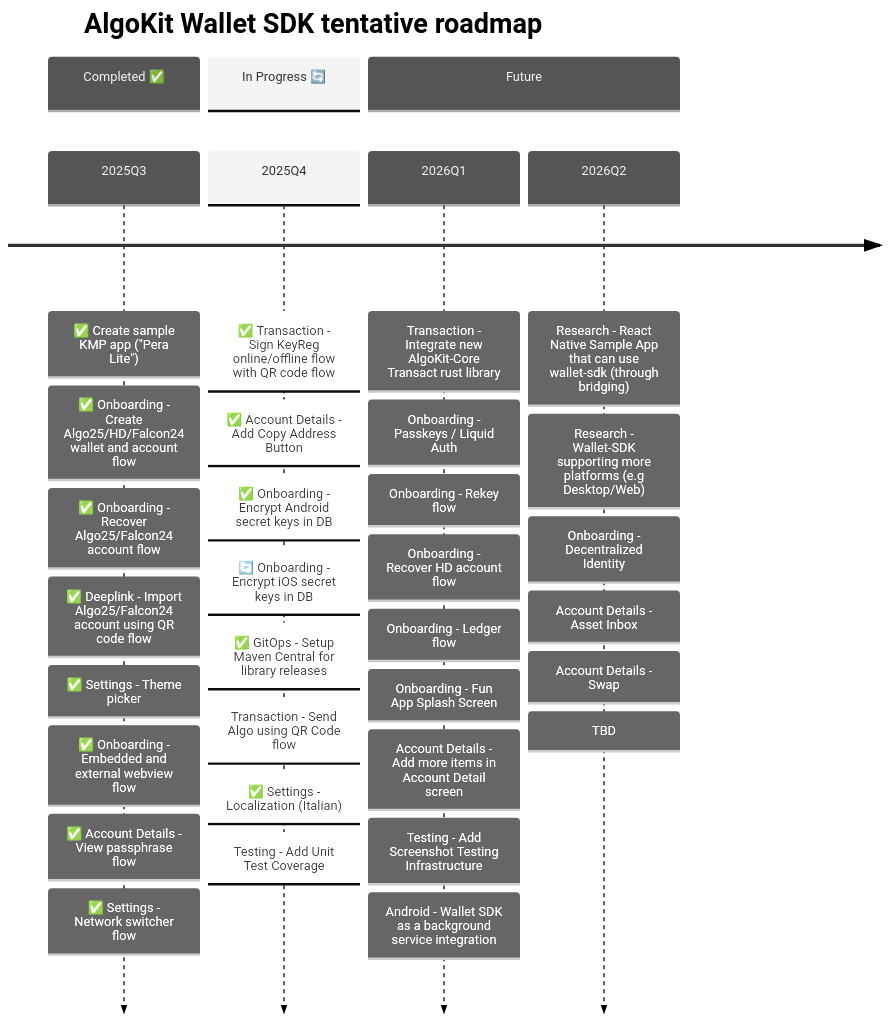
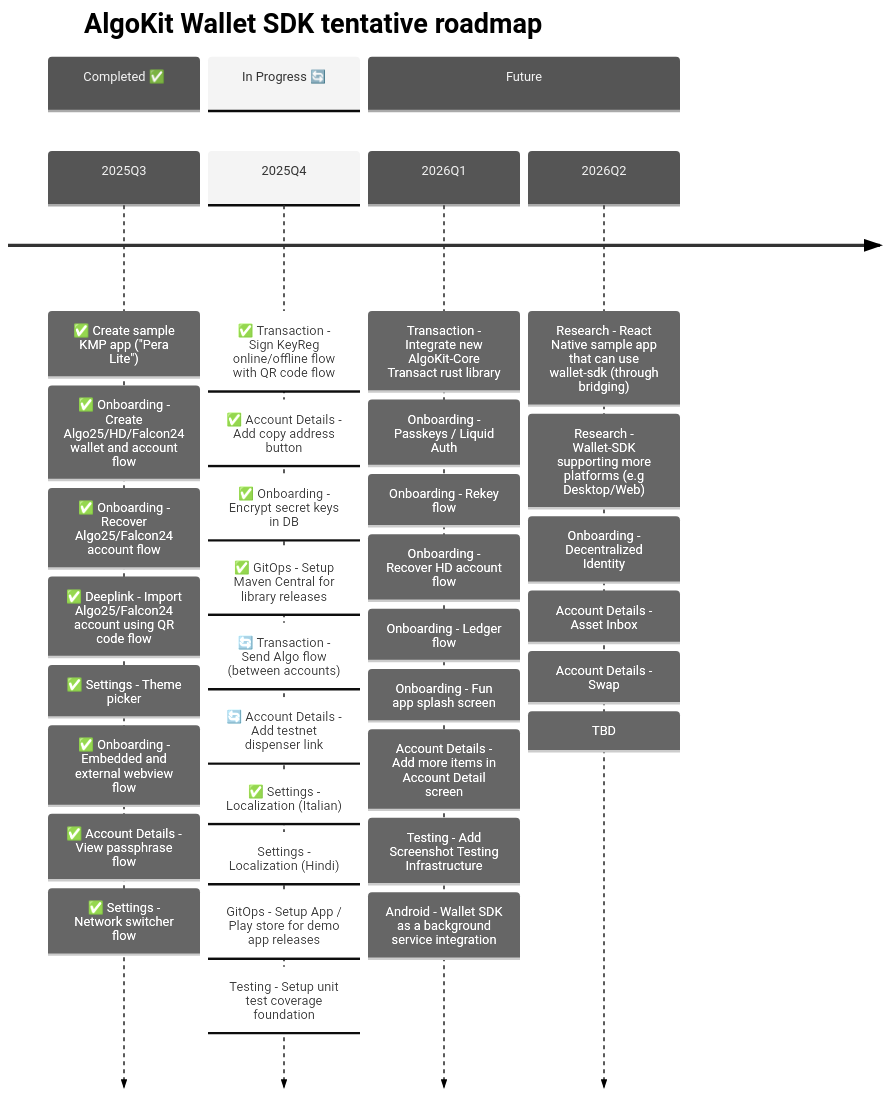
Before and after one commit to michaeltchuang/algokit-walletsdk-kmp: the second of 3 diagrams in README.md, drawn with Mermaid. The commit also changed 3 other files, not shown here.

````diff
--- a/README.md
+++ b/README.md
@@ -49,45 +49,47 @@
 ```mermaid
 ---
 config:
   theme: 'neutral'
 ---
 timeline
     title AlgoKit Wallet SDK tentative roadmap
 
     section Completed ✅
     2025Q3  : ✅ Create sample KMP app ("Pera Lite")
             : ✅ Onboarding - Create Algo25/HD/Falcon24 wallet and account flow
             : ✅ Onboarding - Recover Algo25/Falcon24 account flow
             : ✅ Deeplink - Import Algo25/Falcon24 account using QR code flow
             : ✅ Settings - Theme picker
             : ✅ Onboarding - Embedded and external webview flow
             : ✅ Account Details - View passphrase flow
             : ✅ Settings - Network switcher flow
 
     section In Progress 🔄
     2025Q4  : ✅ Transaction - Sign KeyReg online/offline flow with QR code flow
-            : ✅ Account Details - Add Copy Address Button
-            : ✅ Onboarding - Encrypt Android secret keys in DB
-            : 🔄 Onboarding - Encrypt iOS secret keys in DB
+            : ✅ Account Details - Add copy address button
+            : ✅ Onboarding - Encrypt secret keys in DB
             : ✅ GitOps - Setup Maven Central for library releases
-            : Transaction - Send Algo using QR Code flow
+            : 🔄 Transaction - Send Algo flow (between accounts)
+            : 🔄 Account Details - Add testnet dispenser link
             : ✅ Settings - Localization (Italian)
-            : Testing - Add Unit Test Coverage
+            : Settings - Localization (Hindi)
+            : GitOps - Setup App / Play store for demo app releases
+            : Testing - Setup unit test coverage foundation
 
     section Future
     2026Q1  : Transaction - Integrate new AlgoKit-Core Transact rust library
             : Onboarding - Passkeys / Liquid Auth
             : Onboarding - Rekey flow
             : Onboarding - Recover HD account flow
             : Onboarding - Ledger flow
-            : Onboarding - Fun App Splash Screen
+            : Onboarding - Fun app splash screen
             : Account Details - Add more items in Account Detail screen
             : Testing - Add Screenshot Testing Infrastructure
             : Android - Wallet SDK as a background service integration
-    2026Q2  : Research - React Native Sample App that can use wallet-sdk (through bridging)
+    2026Q2  : Research - React Native sample app that can use wallet-sdk (through bridging)
             : Research - Wallet-SDK supporting more platforms (e.g Desktop/Web)
             : Onboarding - Decentralized Identity
             : Account Details - Asset Inbox
             : Account Details - Swap
             : TBD
 ```
````
